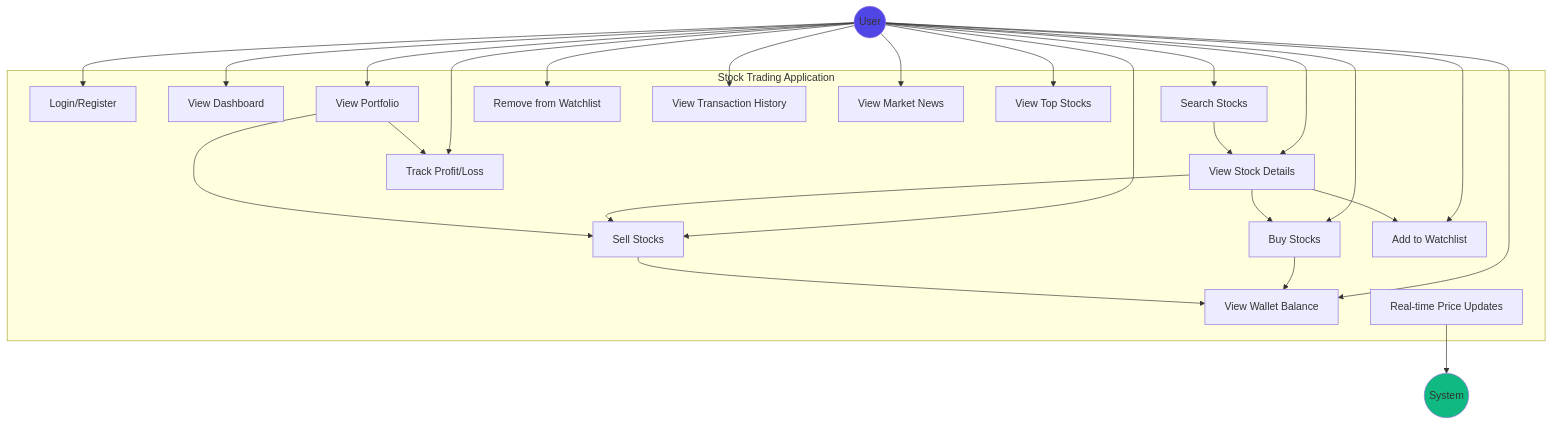
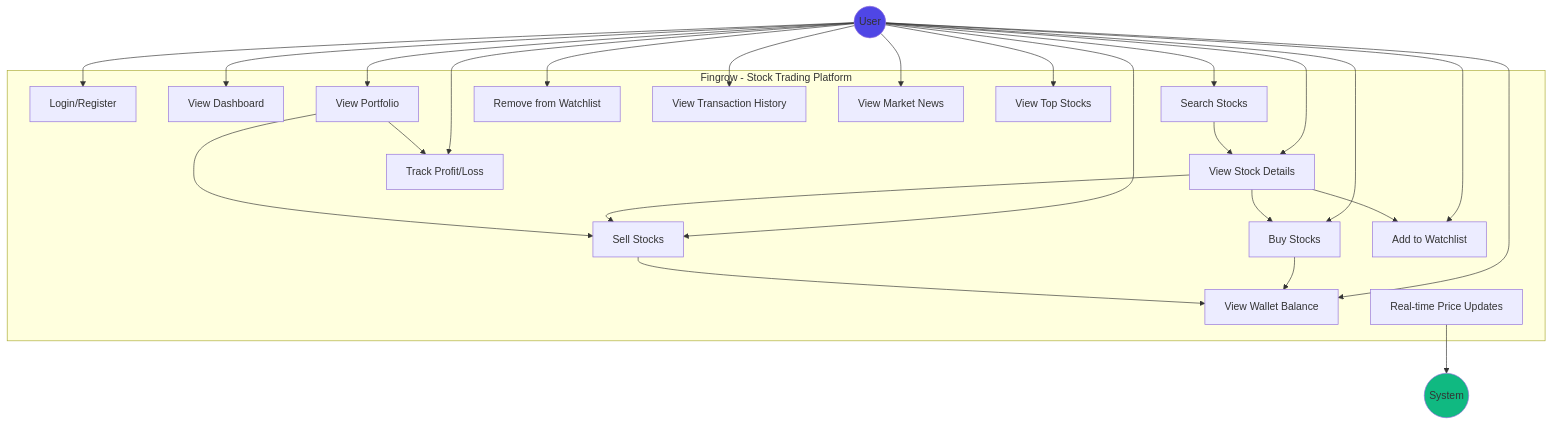
The diagram in docs/use-case-diagram.md (shubhamsp012/wallet-stock-quest), drawn with Mermaid before and after one commit. The commit also changed other lines of this file and 5 other files, not shown here.

Commit message:
Add UML diagrams

````diff
--- a/docs/use-case-diagram.md
+++ b/docs/use-case-diagram.md
@@ -5,51 +5,51 @@
 ```mermaid
 graph TB
-    subgraph "Stock Trading Application"
+    subgraph "Fingrow - Stock Trading Platform"
         UC1[Login/Register]
         UC2[View Dashboard]
         UC3[Search Stocks]
         UC4[View Stock Details]
         UC5[Buy Stocks]
         UC6[Sell Stocks]
         UC7[View Portfolio]
         UC8[Add to Watchlist]
         UC9[Remove from Watchlist]
         UC10[View Wallet Balance]
         UC11[View Transaction History]
         UC12[View Market News]
         UC13[View Top Stocks]
         UC14[Track Profit/Loss]
         UC15[Real-time Price Updates]
     end
     
     User((User))
     System((System))
     
     User --> UC1
     User --> UC2
     User --> UC3
     User --> UC4
     User --> UC5
     User --> UC6
     User --> UC7
     User --> UC8
     User --> UC9
     User --> UC10
     User --> UC11
     User --> UC12
     User --> UC13
     User --> UC14
     
     UC15 --> System
     UC5 --> UC10
     UC6 --> UC10
     UC3 --> UC4
     UC4 --> UC5
     UC4 --> UC6
     UC4 --> UC8
     UC7 --> UC6
     UC7 --> UC14
     
     style User fill:#4f46e5
     style System fill:#10b981
 ```
````
